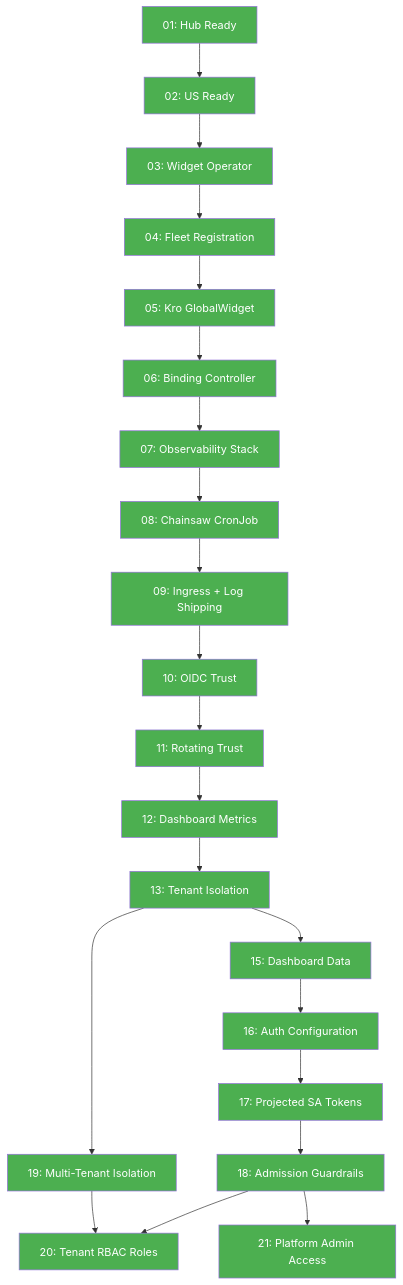
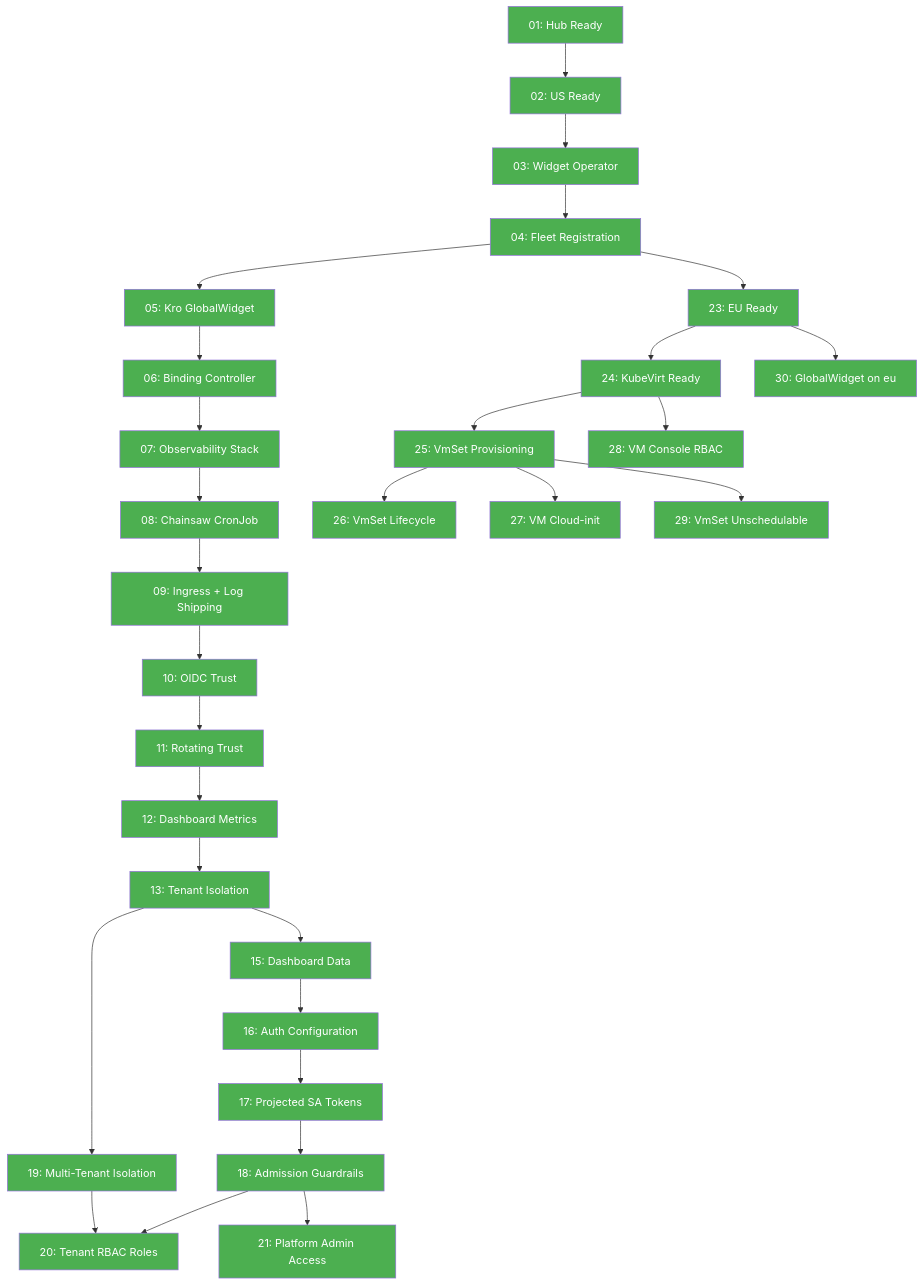
Before and after one commit to sojoner/kro-lab: the second of 3 diagrams in docs/platform-mvp/06-e2e-verification.md, drawn with Mermaid. The commit also changed other lines of this file and 8 other files, not shown here.

````diff
--- a/docs/platform-mvp/06-e2e-verification.md
+++ b/docs/platform-mvp/06-e2e-verification.md
@@ -72,44 +85,60 @@
 ```mermaid
 graph TD
     A["01: Hub Ready"] --> B["02: US Ready"]
     B --> C["03: Widget Operator"]
     C --> D["04: Fleet Registration"]
     D --> E["05: Kro GlobalWidget"]
     E --> F["06: Binding Controller"]
     F --> G["07: Observability Stack"]
     G --> H["08: Chainsaw CronJob"]
     H --> I["09: Ingress + Log Shipping"]
     I --> J["10: OIDC Trust"]
     J --> K["11: Rotating Trust"]
     K --> L["12: Dashboard Metrics"]
     L --> M["13: Tenant Isolation"]
     M --> N["15: Dashboard Data"]
     N --> O["16: Auth Configuration"]
     O --> P["17: Projected SA Tokens"]
     P --> Q["18: Admission Guardrails"]
     M --> R["19: Multi-Tenant Isolation"]
     R --> S["20: Tenant RBAC Roles"]
     Q --> S
     Q --> T["21: Platform Admin Access"]
+    D --> U["23: EU Ready"]
+    U --> V["24: KubeVirt Ready"]
+    V --> W["25: VmSet Provisioning"]
+    W --> X["26: VmSet Lifecycle"]
+    W --> Y["27: VM Cloud-init"]
+    W --> Z["29: VmSet Unschedulable"]
+    V --> AA["28: VM Console RBAC"]
+    U --> AB["30: GlobalWidget on eu"]
 
     style A fill:#4caf50,color:#fff
     style B fill:#4caf50,color:#fff
     style C fill:#4caf50,color:#fff
     style D fill:#4caf50,color:#fff
     style E fill:#4caf50,color:#fff
     style F fill:#4caf50,color:#fff
     style G fill:#4caf50,color:#fff
     style H fill:#4caf50,color:#fff
     style I fill:#4caf50,color:#fff
     style J fill:#4caf50,color:#fff
     style K fill:#4caf50,color:#fff
     style L fill:#4caf50,color:#fff
     style M fill:#4caf50,color:#fff
     style N fill:#4caf50,color:#fff
     style O fill:#4caf50,color:#fff
     style P fill:#4caf50,color:#fff
     style Q fill:#4caf50,color:#fff
     style R fill:#4caf50,color:#fff
     style S fill:#4caf50,color:#fff
     style T fill:#4caf50,color:#fff
+    style U fill:#4caf50,color:#fff
+    style V fill:#4caf50,color:#fff
+    style W fill:#4caf50,color:#fff
+    style X fill:#4caf50,color:#fff
+    style Y fill:#4caf50,color:#fff
+    style Z fill:#4caf50,color:#fff
+    style AA fill:#4caf50,color:#fff
+    style AB fill:#4caf50,color:#fff
 ```
````
